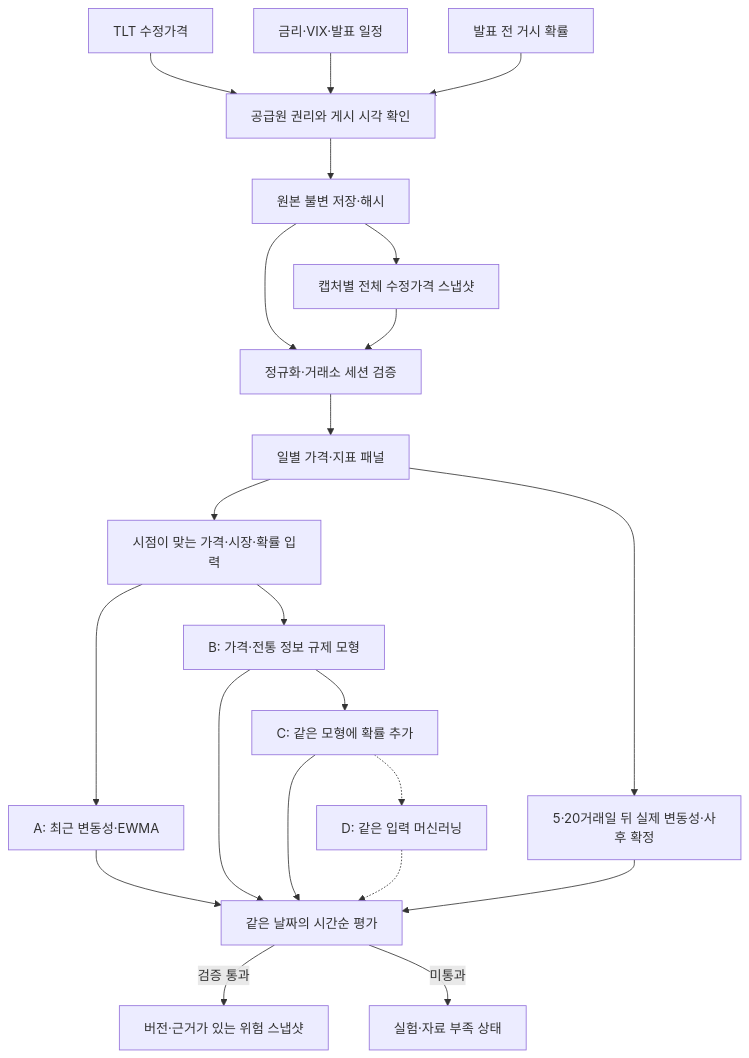
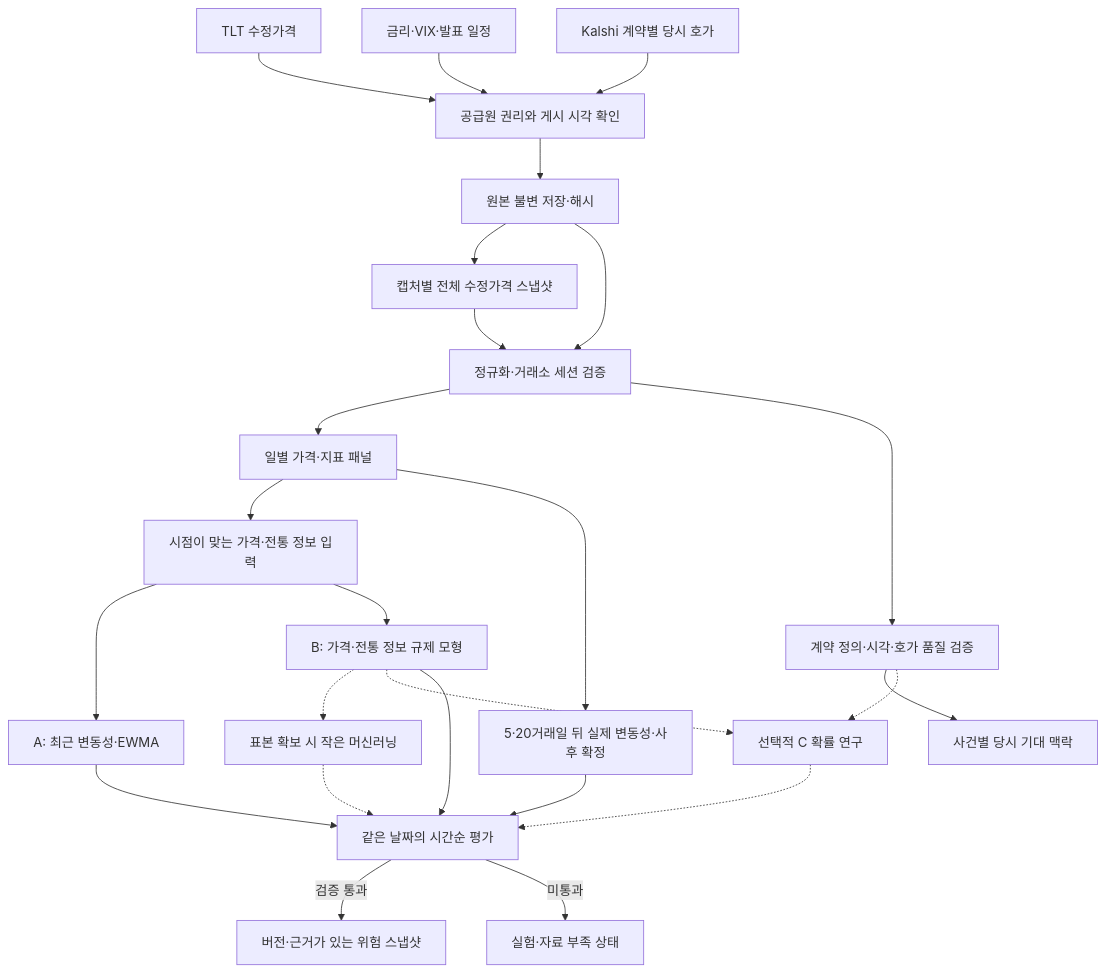
The first of 2 diagrams in docs/project-flow.md (AnDev77/ShockGarph_AI), drawn with Mermaid before and after one commit. The commit also changed other lines of this file and 10 other files, not shown here.

````diff
--- a/docs/project-flow.md
+++ b/docs/project-flow.md
@@ -11,24 +12,27 @@
 ```mermaid
 flowchart TB
     T["TLT 수정가격"] --> G["공급원 권리와 게시 시각 확인"]
     X["금리·VIX·발표 일정"] --> G
-    K["발표 전 거시 확률"] --> G
+    K["Kalshi 계약별 당시 호가"] --> G
     G --> R["원본 불변 저장·해시"]
     R --> V["캡처별 전체 수정가격 스냅샷"]
     R --> N
     V --> N["정규화·거래소 세션 검증"]
     N --> D["일별 가격·지표 패널"]
-    D --> I["시점이 맞는 가격·시장·확률 입력"]
+    N --> H["계약 정의·시각·호가 품질 검증"]
+    H --> CTX["사건별 당시 기대 맥락"]
+    D --> I["시점이 맞는 가격·전통 정보 입력"]
     D --> Y["5·20거래일 뒤 실제 변동성·사후 확정"]
     I --> B["A: 최근 변동성·EWMA"]
     I --> M["B: 가격·전통 정보 규제 모형"]
-    M --> P["C: 같은 모형에 확률 추가"]
-    P -.-> ML["D: 같은 입력 머신러닝"]
+    M -.-> ML["표본 확보 시 작은 머신러닝"]
+    M -.-> P["선택적 C 확률 연구"]
+    H -.-> P
     B --> E["같은 날짜의 시간순 평가"]
     M --> E
-    P --> E
+    P -.-> E
     ML -.-> E
     Y --> E
     E -->|검증 통과| S["버전·근거가 있는 위험 스냅샷"]
     E -->|미통과| U["실험·자료 부족 상태"]
 ```
````
